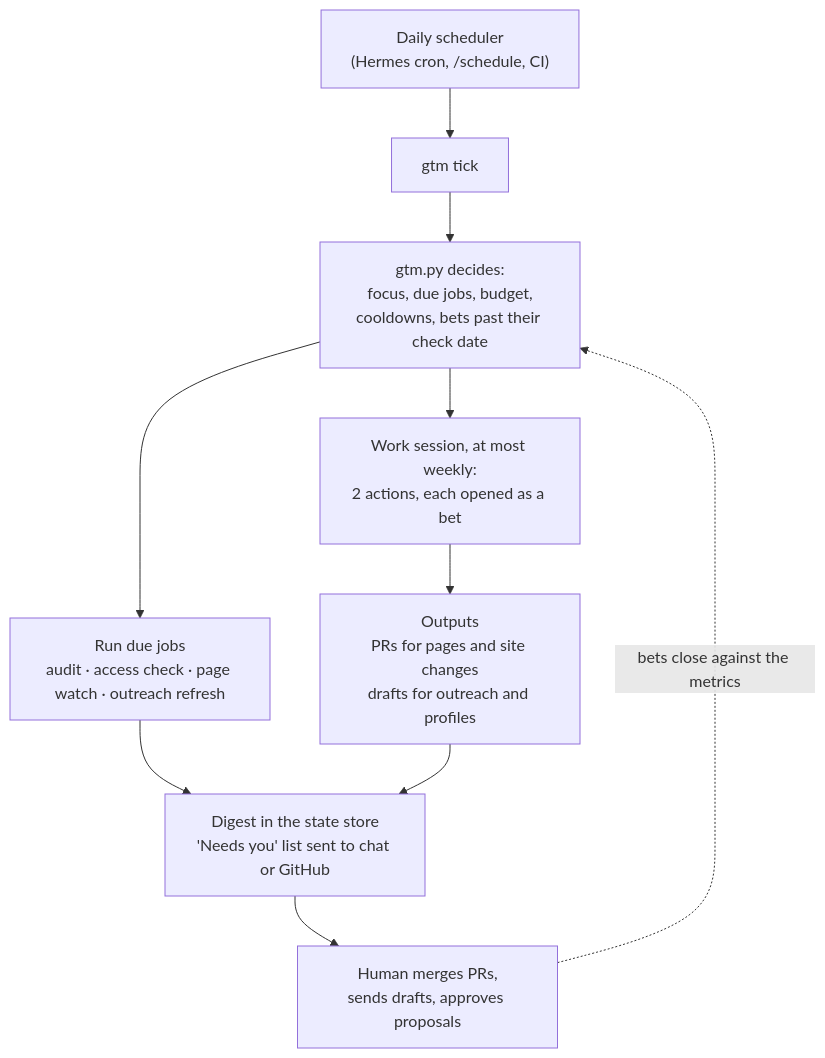
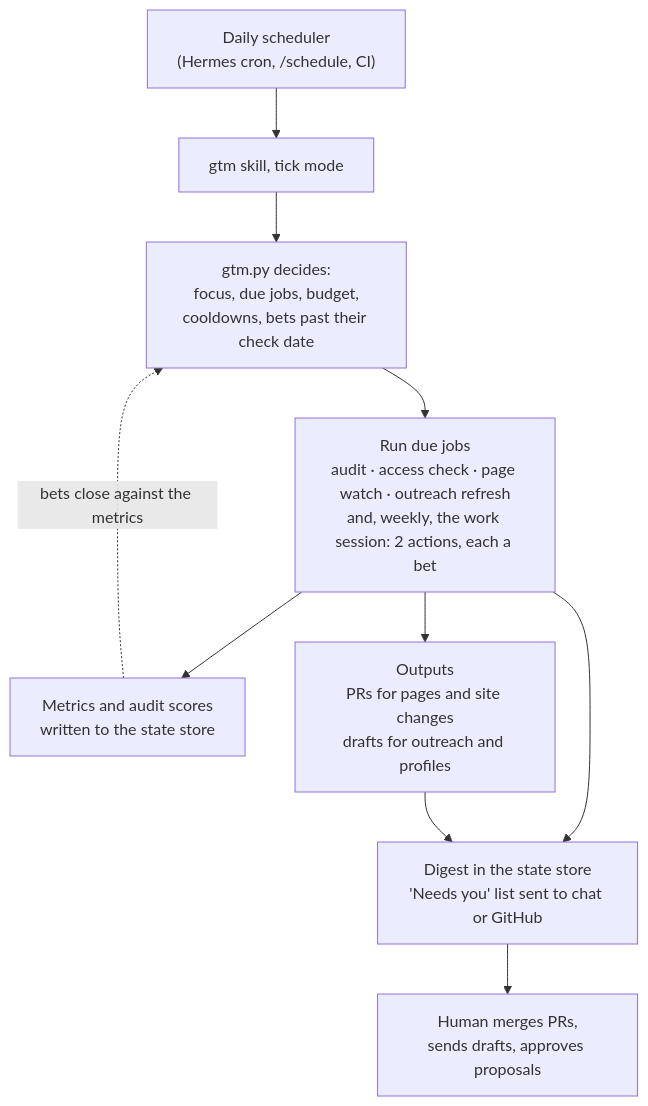
The second of 2 diagrams in README.md (williampsmith/marketing-skills), drawn with Mermaid before and after one commit. The commit also changed other lines of this file and 22 other files, not shown here.

````diff
--- a/README.md
+++ b/README.md
@@ -44,12 +45,13 @@
 ```mermaid
 flowchart TD
-    A["Daily scheduler<br/>(Hermes cron, /schedule, CI)"] --> B["gtm tick"]
+    A["Daily scheduler<br/>(Hermes cron, /schedule, CI)"] --> B["gtm skill, tick mode"]
     B --> C["gtm.py decides:<br/>focus, due jobs, budget,<br/>cooldowns, bets past their check date"]
-    C --> D["Run due jobs<br/>audit · access check · page watch · outreach refresh"]
-    C --> E["Work session, at most weekly:<br/>2 actions, each opened as a bet"]
-    E --> F["Outputs<br/>PRs for pages and site changes<br/>drafts for outreach and profiles"]
+    C --> D["Run due jobs<br/>audit · access check · page watch · outreach refresh<br/>and, weekly, the work session: 2 actions, each a bet"]
+    D --> E["Metrics and audit scores<br/>written to the state store"]
+    D --> F
+    F["Outputs<br/>PRs for pages and site changes<br/>drafts for outreach and profiles"]
     D --> G["Digest in the state store<br/>'Needs you' list sent to chat or GitHub"]
     F --> G
     G --> H["Human merges PRs,<br/>sends drafts, approves proposals"]
-    H -.->|"bets close against the metrics"| C
+    E -.->|"bets close against the metrics"| C
 ```
````
